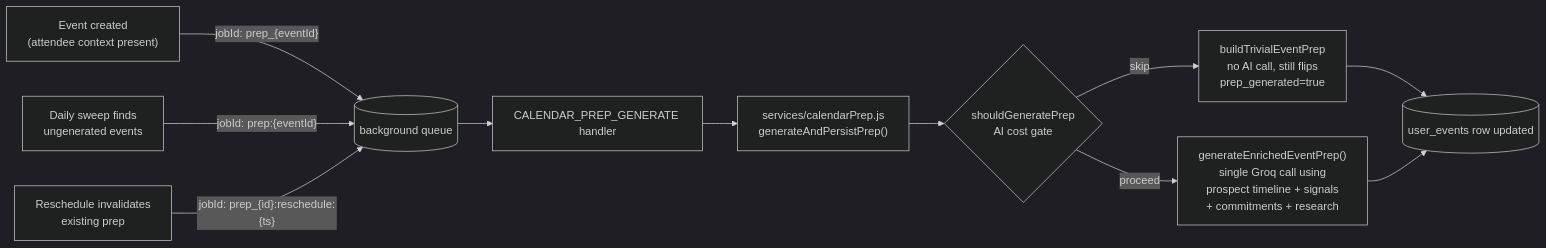
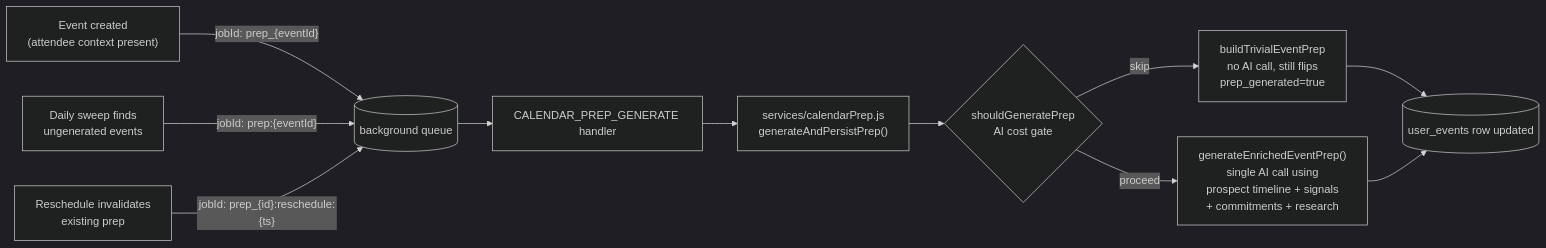
The second of 3 diagrams in BACKGROUND_JOBS.md (Devpaul-01/Foundersales), drawn with Mermaid (dark theme) before and after one commit. The commit also changed other lines of this file and 4 other files, not shown here.

````diff
--- a/BACKGROUND_JOBS.md
+++ b/BACKGROUND_JOBS.md
@@ -227,13 +227,13 @@
 ```mermaid
 flowchart LR
     A["Event created\n(attendee context present)"] -->|"jobId: prep_{eventId}"| Q[(background queue)]
     B["Daily sweep finds\nungenerated events"] -->|"jobId: prep:{eventId}"| Q
     C["Reschedule invalidates\nexisting prep"] -->|"jobId: prep_{id}:reschedule:{ts}"| Q
     Q --> H[CALENDAR_PREP_GENERATE handler]
     H --> S["services/calendarPrep.js\ngenerateAndPersistPrep()"]
     S --> G{shouldGeneratePrep\nAI cost gate}
     G -->|skip| T[buildTrivialEventPrep\nno AI call, still flips\nprep_generated=true]
-    G -->|proceed| P["generateEnrichedEventPrep()\nsingle Groq call using\nprospect timeline + signals\n+ commitments + research"]
+    G -->|proceed| P["generateEnrichedEventPrep()\nsingle AI call using\nprospect timeline + signals\n+ commitments + research"]
     T --> D[(user_events row updated)]
     P --> D
 ```
````
